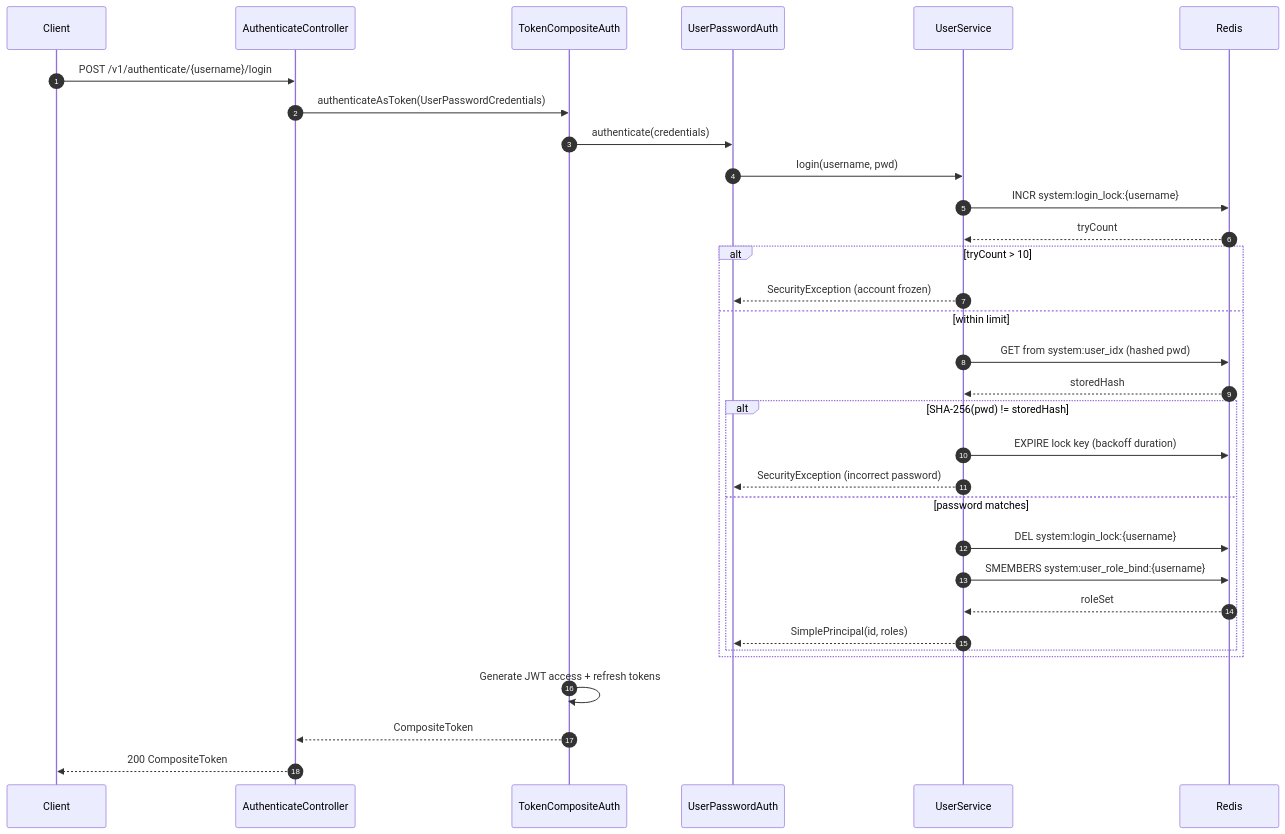
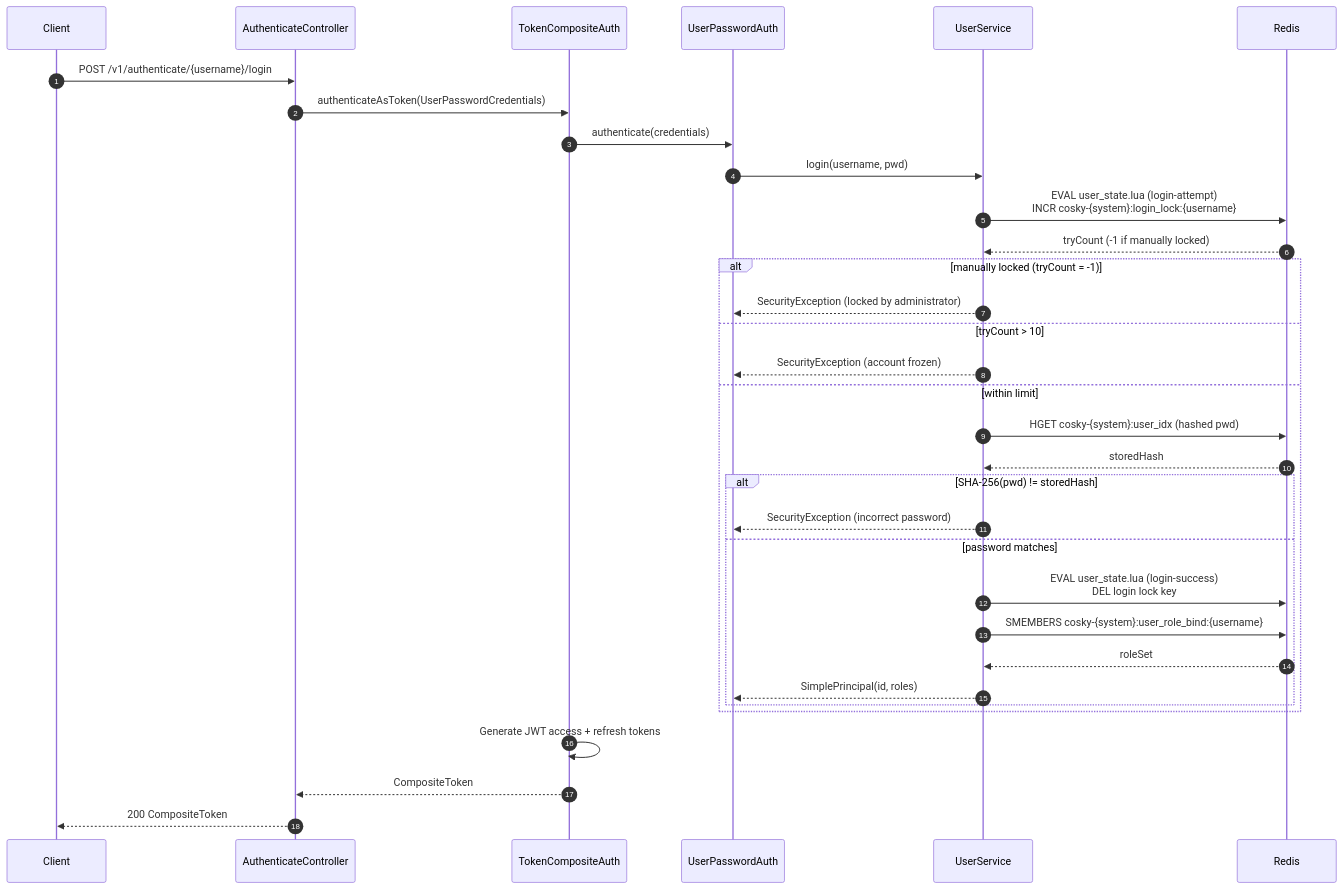
The second of 4 diagrams in wiki/guide/security-rbac.md (Ahoo-Wang/CoSky), drawn with Mermaid before and after one commit. The commit also changed other lines of this file and 36 other files, not shown here.

````diff
--- a/wiki/guide/security-rbac.md
+++ b/wiki/guide/security-rbac.md
@@ -79,35 +80,36 @@
 ```mermaid
 sequenceDiagram
     autonumber
     participant Client
     participant AuthenticateController
     participant TokenCompositeAuth
     participant UserPasswordAuth
     participant UserService
     participant Redis
 
     Client->>AuthenticateController: POST /v1/authenticate/{username}/login
     AuthenticateController->>TokenCompositeAuth: authenticateAsToken(UserPasswordCredentials)
     TokenCompositeAuth->>UserPasswordAuth: authenticate(credentials)
     UserPasswordAuth->>UserService: login(username, pwd)
-    UserService->>Redis: INCR system:login_lock:{username}
-    Redis-->>UserService: tryCount
-    alt tryCount > 10
+    UserService->>Redis: EVAL user_state.lua (login-attempt)<br>INCR cosky-{system}:login_lock:{username}
+    Redis-->>UserService: tryCount (-1 if manually locked)
+    alt manually locked (tryCount = -1)
+        UserService-->>UserPasswordAuth: SecurityException (locked by administrator)
+    else tryCount > 10
         UserService-->>UserPasswordAuth: SecurityException (account frozen)
     else within limit
-        UserService->>Redis: GET from system:user_idx (hashed pwd)
+        UserService->>Redis: HGET cosky-{system}:user_idx (hashed pwd)
         Redis-->>UserService: storedHash
         alt SHA-256(pwd) != storedHash
-            UserService->>Redis: EXPIRE lock key (backoff duration)
             UserService-->>UserPasswordAuth: SecurityException (incorrect password)
         else password matches
-            UserService->>Redis: DEL system:login_lock:{username}
-            UserService->>Redis: SMEMBERS system:user_role_bind:{username}
+            UserService->>Redis: EVAL user_state.lua (login-success)<br>DEL login lock key
+            UserService->>Redis: SMEMBERS cosky-{system}:user_role_bind:{username}
             Redis-->>UserService: roleSet
             UserService-->>UserPasswordAuth: SimplePrincipal(id, roles)
         end
     end
     TokenCompositeAuth->>TokenCompositeAuth: Generate JWT access + refresh tokens
     TokenCompositeAuth-->>AuthenticateController: CompositeToken
     AuthenticateController-->>Client: 200 CompositeToken
 ```
````
